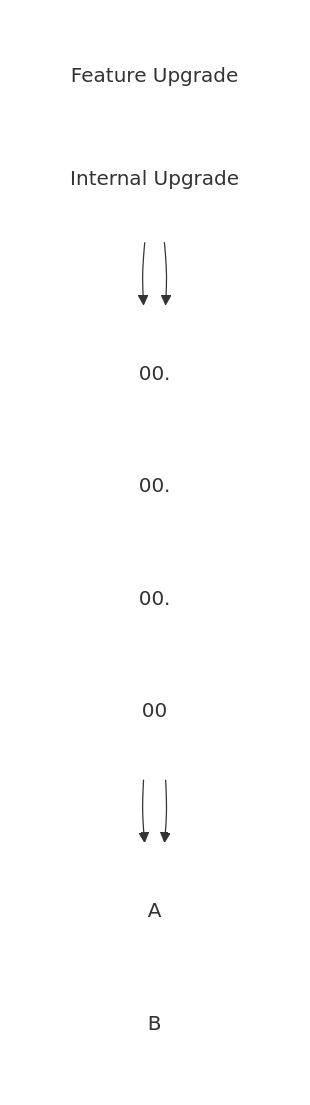
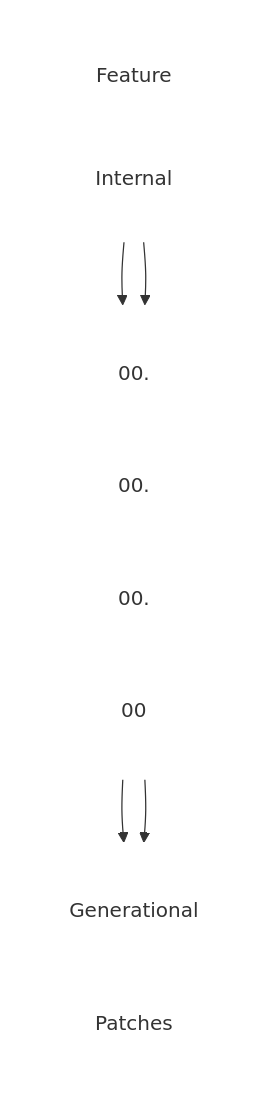
Before and after one commit to SithuAung1988/Vedic-Planetary-Aspectarium: the diagram in README.md, drawn with Mermaid. The commit also changed other lines of this file, not shown here.

````diff
--- a/README.md
+++ b/README.md
@@ -205,44 +205,44 @@
 ```mermaid
 %%{init: {
   "flowchart": {
     "diagramPadding": 1,
     "padding": 0
   },
   "fontFamily": "monospace"
   } }%%
 flowchart TD
 subgraph Z[" "]
 direction LR
-  A 
-  B
+  A("Generational")
+  B("Patches")
 end
 subgraph ZA[" "]
 direction LR
     D("00#46;")
     E("00#46;")
     F("00#46;")
     G("00")
 end
 subgraph ZB[" "]
 direction LR
-    H(["Feature Upgrade"])
-    I(["Internal Upgrade"])
+    H(["Feature"])
+    I(["Internal"])
 end
 D --> A
 F --> B
 H --> E
 I --> G
 
 classDef default fill:transparent,stroke:transparent,stroke-width:1px,padding:0px;
 style A color: 4285F4;
 style D color: 4285F4;
 style F color: 34A853;
 style B color: 34A853;
 style H color: FBBC05;
 style E color: FBBC05;
 style I color: EA4335;
 style G color: EA4335;
 style Z fill:transparent,stroke:transparent,stroke-width:1px,padding:0px;
 style ZA fill:transparent,stroke:transparent,stroke-width:1px,padding:0px;
 style ZB fill:transparent,stroke:transparent,stroke-width:1px,padding:0px;
 ```
````
